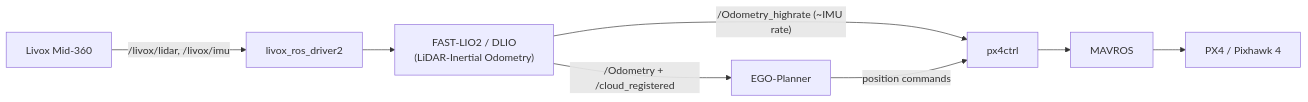
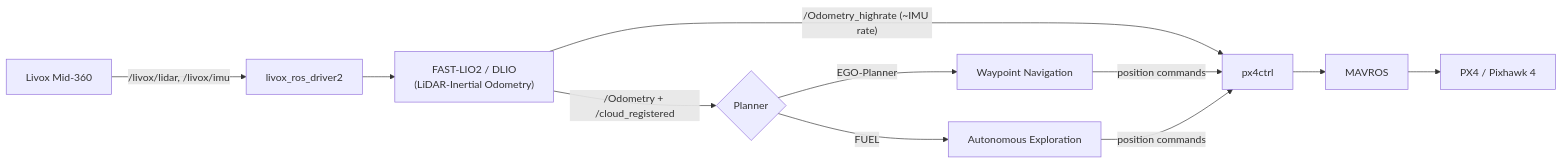
Before and after one commit to GrayLee1210/UAV-Navigation-System: the diagram in README.md, drawn with Mermaid. The commit also changed other lines of this file and 464 other files, not shown here.

First line of the commit message:
feat: reorganize into Drone/ layout and add FUEL autonomous exploration

````diff
--- a/README.md
+++ b/README.md
@@ -46,9 +55,12 @@
 ```mermaid
 graph LR
     A[Livox Mid-360] -->|/livox/lidar, /livox/imu| B[livox_ros_driver2]
     B --> C["FAST-LIO2 / DLIO<br>(LiDAR-Inertial Odometry)"]
     C -->|"/Odometry_highrate (~IMU rate)"| D[px4ctrl]
-    C -->|/Odometry + /cloud_registered| E[EGO-Planner]
+    C -->|/Odometry + /cloud_registered| P{Planner}
+    P -->|EGO-Planner| E[Waypoint Navigation]
+    P -->|FUEL| F[Autonomous Exploration]
     E -->|position commands| D
-    D --> F[MAVROS] --> G[PX4 / Pixhawk 4]
+    F -->|position commands| D
+    D --> M[MAVROS] --> G[PX4 / Pixhawk 4]
 ```
````
